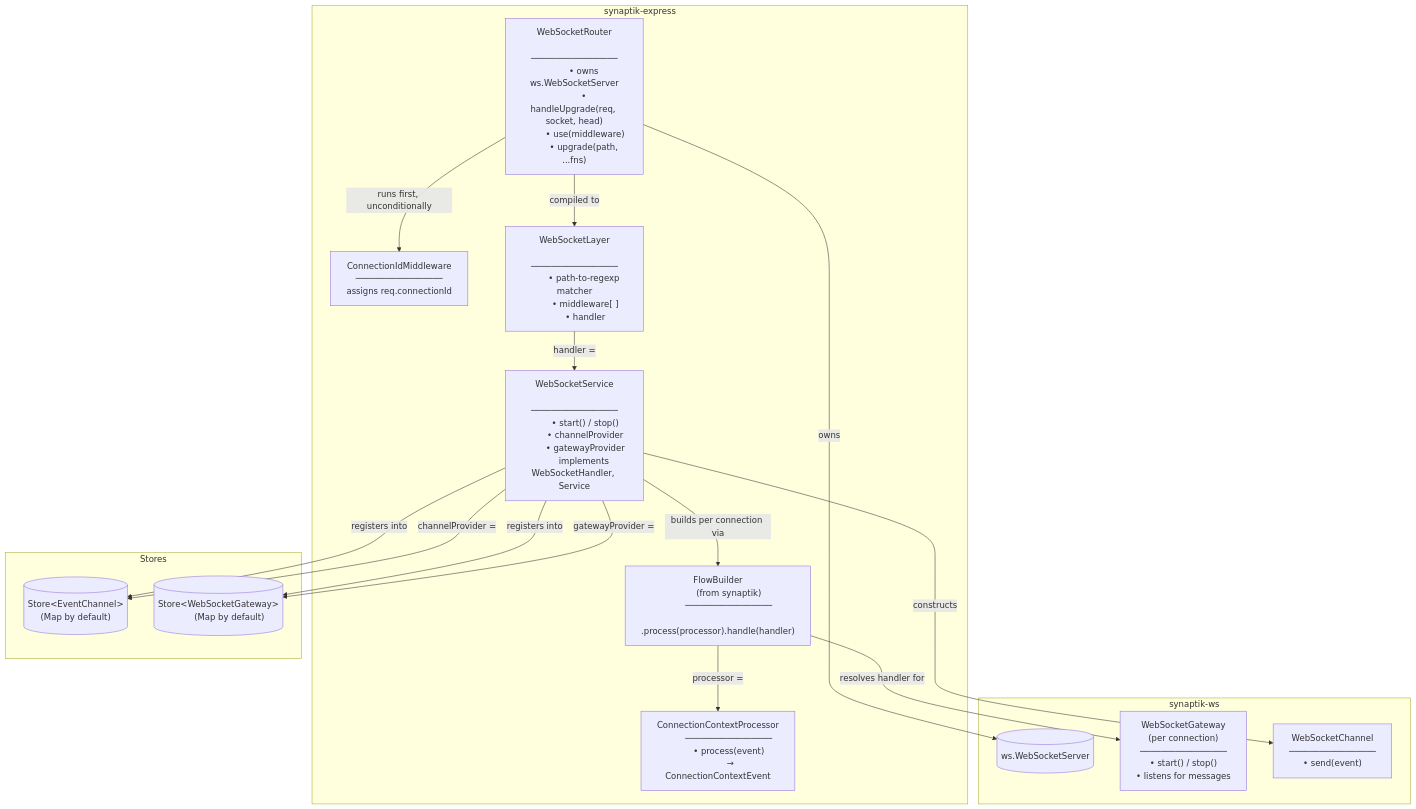
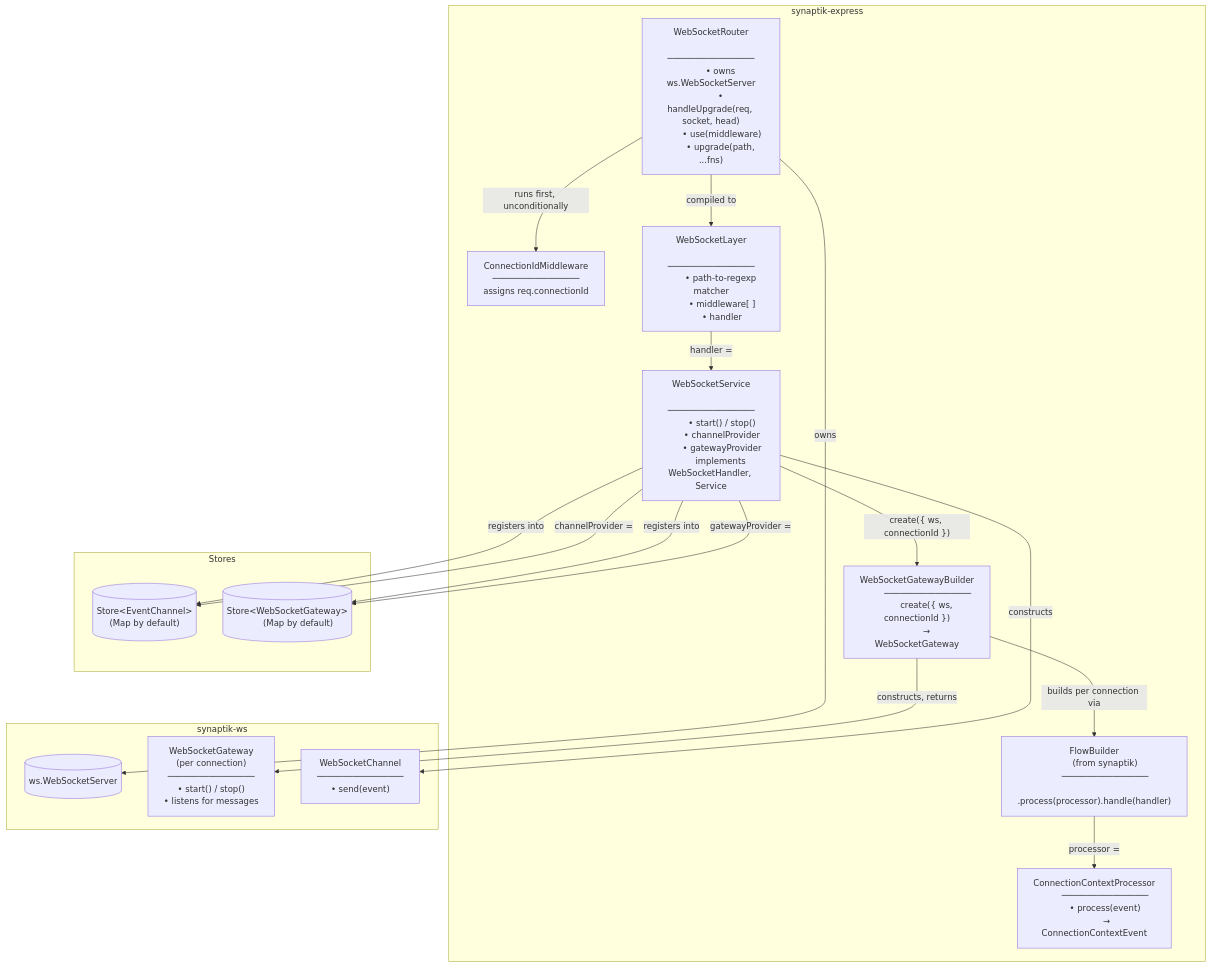
Before and after one commit to sektek/synaptik-express: the first of 4 diagrams in docs/web-socket.md, drawn with Mermaid. The commit also changed other lines of this file and 4 other files, not shown here.

First line of the commit message:
refactor: extract WebSocketGatewayBuilder from WebSocketService

````diff
--- a/docs/web-socket.md
+++ b/docs/web-socket.md
@@ -11,72 +11,78 @@
 ```mermaid
 graph TB
     subgraph synaptik-express
         ROUTER["WebSocketRouter
         ─────────────────
         • owns ws.WebSocketServer
         • handleUpgrade(req, socket, head)
         • use(middleware)
         • upgrade(path, ...fns)"]
 
         CIM["ConnectionIdMiddleware
         ─────────────────
         assigns req.connectionId"]
 
         LAYER["WebSocketLayer
         ─────────────────
         • path-to-regexp matcher
         • middleware[ ]
         • handler"]
 
         SVC["WebSocketService
         ─────────────────
         • start() / stop()
         • channelProvider
         • gatewayProvider
         implements WebSocketHandler, Service"]
+
+        GWB["WebSocketGatewayBuilder
+        ─────────────────
+        create({ ws, connectionId })
+        → WebSocketGateway"]
 
         PROC["ConnectionContextProcessor
         ─────────────────
         • process(event)
           → ConnectionContextEvent"]
 
         FLOW["FlowBuilder
         (from synaptik)
         ─────────────────
         .process(processor).handle(handler)"]
     end
 
     subgraph synaptik-ws
         WSS[("ws.WebSocketServer")]
 
         GW["WebSocketGateway
         (per connection)
         ─────────────────
         • start() / stop()
         • listens for messages"]
 
         CH["WebSocketChannel
         ─────────────────
         • send(event)"]
     end
 
     subgraph "Stores"
         CSTORE[("Store&lt;EventChannel&gt;
         (Map by default)")]
         GSTORE[("Store&lt;WebSocketGateway&gt;
         (Map by default)")]
     end
 
     ROUTER -->|"owns"| WSS
     ROUTER -->|"runs first, unconditionally"| CIM
     ROUTER -->|"compiled to"| LAYER
     LAYER -->|"handler ="| SVC
     SVC -->|"registers into"| CSTORE
     SVC -->|"registers into"| GSTORE
-    SVC -->|"builds per connection via"| FLOW
+    SVC -->|"create({ ws, connectionId })"| GWB
+    GWB -->|"builds per connection via"| FLOW
     FLOW -->|"processor ="| PROC
-    FLOW -->|"resolves handler for"| GW
+    GWB -->|"constructs, returns"| GW
     SVC -->|"constructs"| CH
     SVC -->|"channelProvider = "| CSTORE
     SVC -->|"gatewayProvider = "| GSTORE
 ```
````
